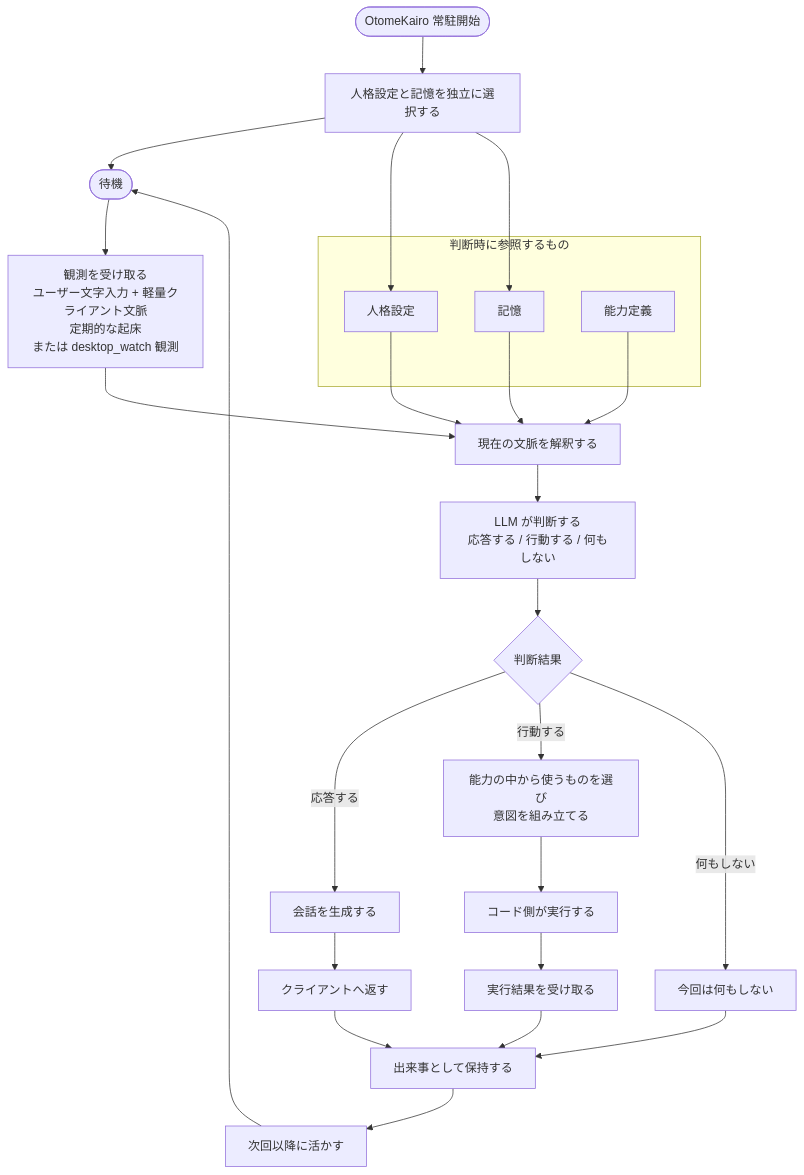
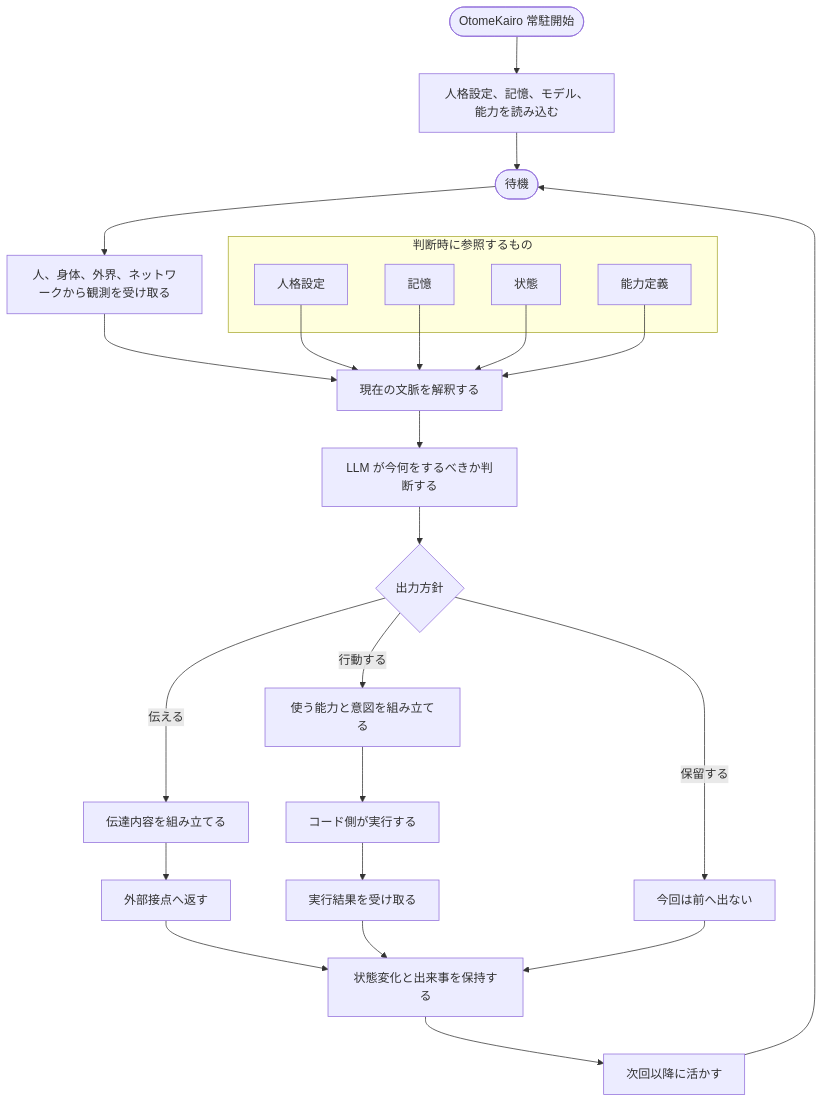
The diagram in docs/design/03_アーキテクチャ.md (hirona98/OtomeKairo), drawn with Mermaid before and after one commit. The commit also changed other lines of this file and 3 other files, not shown here.

````diff
--- a/docs/design/03_アーキテクチャ.md
+++ b/docs/design/03_アーキテクチャ.md
@@ -44,53 +47,47 @@
 ```mermaid
 flowchart TD
     Start([OtomeKairo 常駐開始])
-    Select[人格設定と記憶を独立に選択する]
+    Load[人格設定、記憶、モデル、能力を読み込む]
     Wait([待機])
-    Observe[観測を受け取る<br/>ユーザー文字入力 + 軽量クライアント文脈<br/>定期的な起床<br/>または desktop_watch 観測]
+    Observe[人、身体、外界、ネットワークから観測を受け取る]
     Build[現在の文脈を解釈する]
-    Decide["LLM が判断する<br/>応答する / 行動する / 何もしない"]
-    Branch{判断結果}
-    Reply[会話を生成する]
-    Plan["能力の中から使うものを選び<br/>意図を組み立てる"]
+    Decide["LLM が今何をするべきか判断する"]
+    Branch{出力方針}
+    Communicate[伝達内容を組み立てる]
+    Plan[使う能力と意図を組み立てる]
     Execute[コード側が実行する]
-    Nothing[今回は何もしない]
-    Return[クライアントへ返す]
+    Hold[今回は前へ出ない]
+    Return[外部接点へ返す]
     Result[実行結果を受け取る]
-    Store[出来事として保持する]
+    Store[状態変化と出来事を保持する]
     Next[次回以降に活かす]
 
     subgraph Ref["判断時に参照するもの"]
         Persona[人格設定]
         Memory[記憶]
+        State[状態]
         Capability[能力定義]
     end
 
-    Start --> Select
-    Select --> Wait
-    Select --> Persona
-    Select --> Memory
-
+    Start --> Load
+    Load --> Wait
     Wait --> Observe
     Observe --> Build
     Persona --> Build
     Memory --> Build
+    State --> Build
     Capability --> Build
-
     Build --> Decide
     Decide --> Branch
-
-    Branch -->|応答する| Reply
+    Branch -->|伝える| Communicate
     Branch -->|行動する| Plan
-    Branch -->|何もしない| Nothing
-
-    Reply --> Return
+    Branch -->|保留する| Hold
+    Communicate --> Return
     Plan --> Execute
     Execute --> Result
-
     Return --> Store
     Result --> Store
-    Nothing --> Store
-
+    Hold --> Store
     Store --> Next
     Next --> Wait
 ```
````
